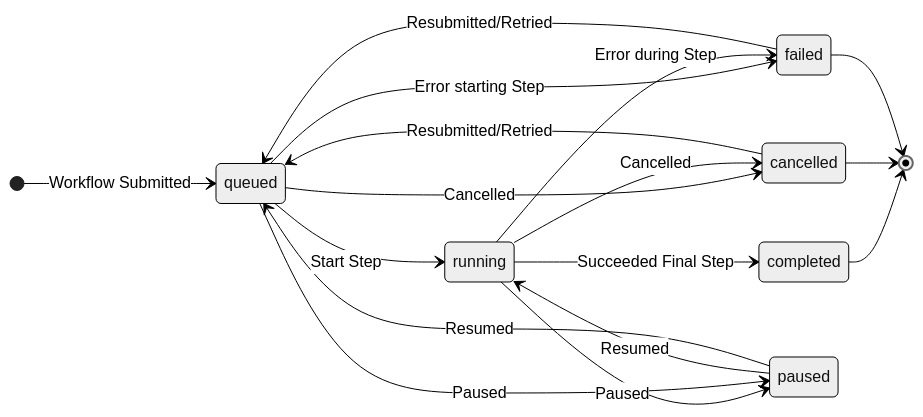
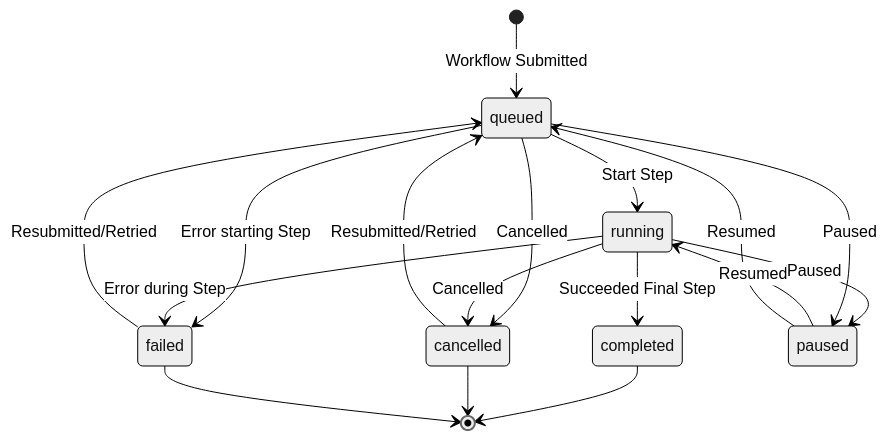
Before and after one commit to AD-SDL/MADSci_Examples: the diagram in README.md, drawn with Mermaid (neutral theme).

Commit message:
More futzing with diagrams

````diff
--- a/README.md
+++ b/README.md
@@ -3,28 +3,27 @@
 ```mermaid
 stateDiagram
-  direction LR
   [*] --> Queued:Workflow Submitted
   Queued --> Running:Start Step
   Queued --> Failed:Error starting Step
   Queued --> Cancelled:Cancelled
   Running --> Cancelled:Cancelled
   Running --> Completed:Succeeded Final Step
   Running --> Failed:Error during Step
   Paused --> Running:Resumed
   Running --> Paused:Paused
   Failed --> Queued:Resubmitted/Retried
   Cancelled --> Queued:Resubmitted/Retried
   Queued --> Paused:Paused
   Paused --> Queued:Resumed
   Completed --> [*]
   Cancelled --> [*]
   Failed --> [*]
 
   Queued:queued
   Running:running
   Failed:failed
   Cancelled:cancelled
   Completed:completed
   Paused:paused
 
 ```
````
